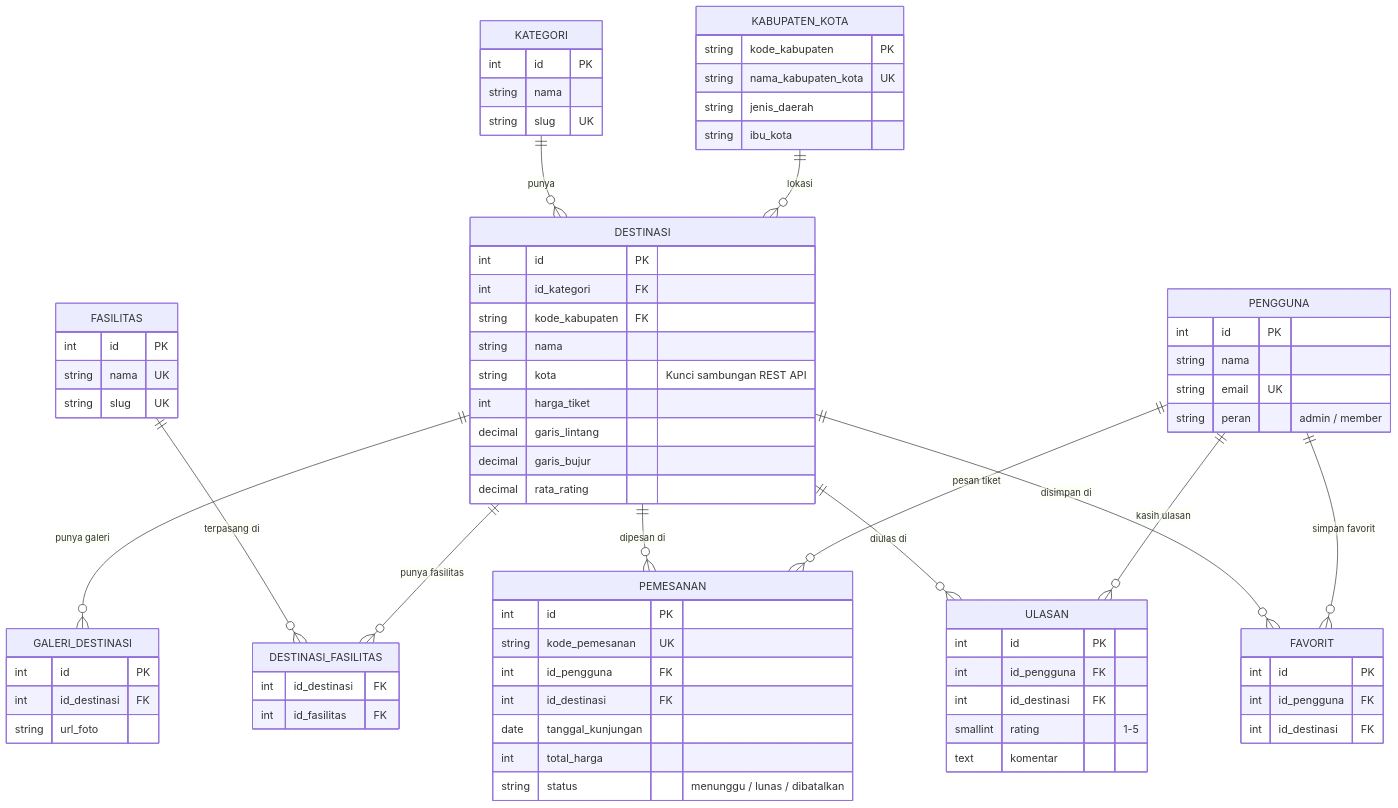
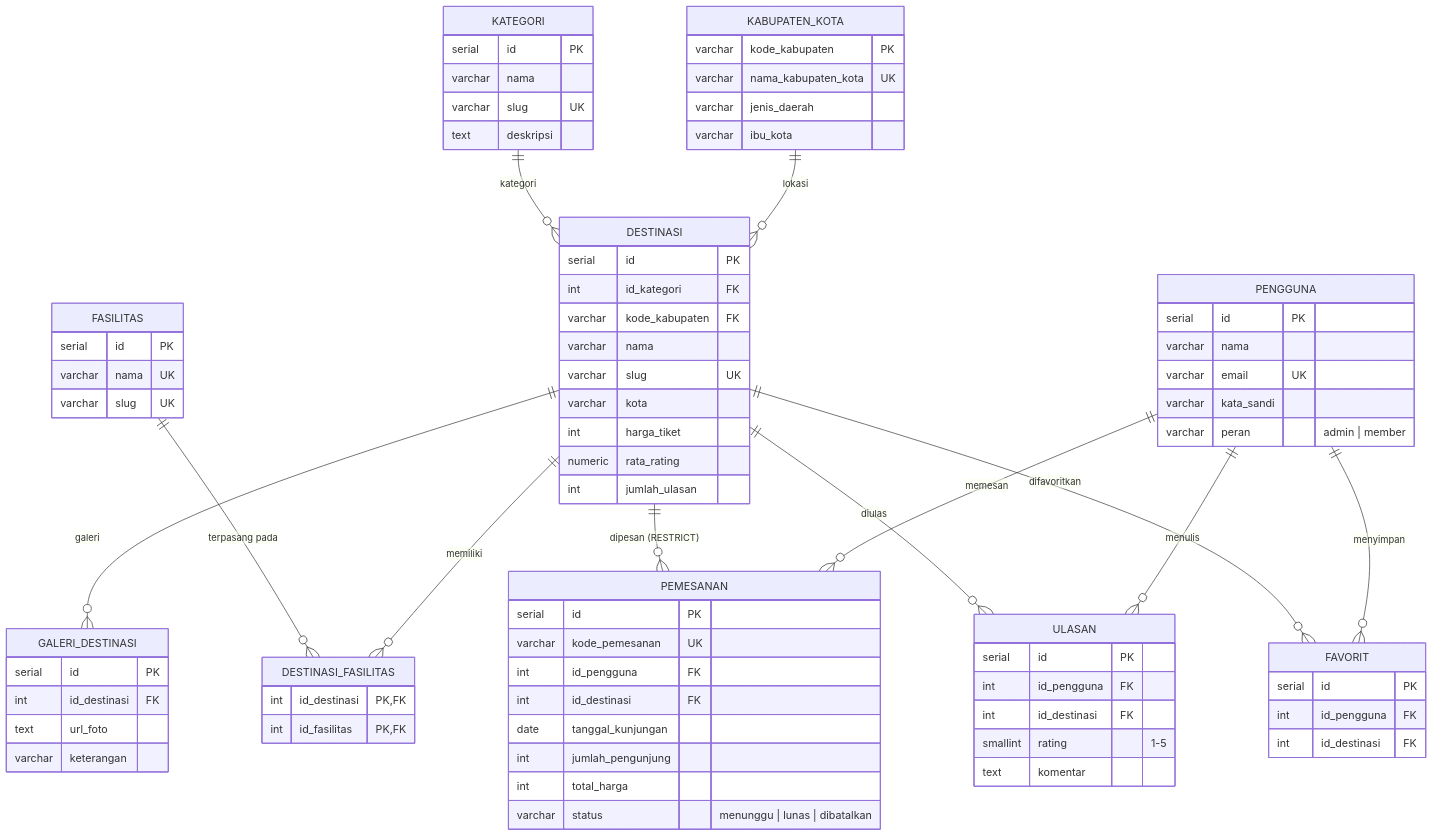
Before and after one commit to brian-silaban/tugas_akhir_client_server: the second of 2 diagrams in README.md, drawn with Mermaid. The commit also changed other lines of this file and 39 other files, not shown here.

````diff
--- a/README.md
+++ b/README.md
@@ -95,78 +77,82 @@
 ```mermaid
 erDiagram
     KABUPATEN_KOTA ||--o{ DESTINASI : "lokasi"
-    KATEGORI ||--o{ DESTINASI : "punya"
-    DESTINASI ||--o{ DESTINASI_FASILITAS : "punya fasilitas"
-    FASILITAS ||--o{ DESTINASI_FASILITAS : "terpasang di"
-    PENGGUNA ||--o{ PEMESANAN : "pesan tiket"
-    PENGGUNA ||--o{ ULASAN : "kasih ulasan"
-    PENGGUNA ||--o{ FAVORIT : "simpan favorit"
-    DESTINASI ||--o{ GALERI_DESTINASI : "punya galeri"
-    DESTINASI ||--o{ PEMESANAN : "dipesan di"
-    DESTINASI ||--o{ ULASAN : "diulas di"
-    DESTINASI ||--o{ FAVORIT : "disimpan di"
+    KATEGORI ||--o{ DESTINASI : "kategori"
+    DESTINASI ||--o{ DESTINASI_FASILITAS : "memiliki"
+    FASILITAS ||--o{ DESTINASI_FASILITAS : "terpasang pada"
+    DESTINASI ||--o{ GALERI_DESTINASI : "galeri"
+    PENGGUNA ||--o{ PEMESANAN : "memesan"
+    DESTINASI ||--o{ PEMESANAN : "dipesan (RESTRICT)"
+    PENGGUNA ||--o{ ULASAN : "menulis"
+    DESTINASI ||--o{ ULASAN : "diulas"
+    PENGGUNA ||--o{ FAVORIT : "menyimpan"
+    DESTINASI ||--o{ FAVORIT : "difavoritkan"
 
     KABUPATEN_KOTA {
-        string kode_kabupaten PK
-        string nama_kabupaten_kota UK
-        string jenis_daerah
-        string ibu_kota
+        varchar kode_kabupaten PK
+        varchar nama_kabupaten_kota UK
+        varchar jenis_daerah
+        varchar ibu_kota
     }
     PENGGUNA {
-        int id PK
-        string nama
-        string email UK
-        string peran "admin / member"
+        serial id PK
+        varchar nama
+        varchar email UK
+        varchar kata_sandi
+        varchar peran "admin | member"
     }
     KATEGORI {
-        int id PK
-        string nama
-        string slug UK
+        serial id PK
+        varchar nama
+        varchar slug UK
+        text deskripsi
     }
     DESTINASI {
-        int id PK
+        serial id PK
         int id_kategori FK
-        string kode_kabupaten FK
-        string nama
-        string kota "Kunci sambungan REST API"
+        varchar kode_kabupaten FK
+        varchar nama
+        varchar slug UK
+        varchar kota
         int harga_tiket
-        decimal garis_lintang
-        decimal garis_bujur
-        decimal rata_rating
+        numeric rata_rating
+        int jumlah_ulasan
     }
     FASILITAS {
-        int id PK
-        string nama UK
-        string slug UK
+        serial id PK
+        varchar nama UK
+        varchar slug UK
     }
     DESTINASI_FASILITAS {
-        int id_destinasi FK
-        int id_fasilitas FK
+        int id_destinasi PK,FK
+        int id_fasilitas PK,FK
     }
     GALERI_DESTINASI {
-        int id PK
+        serial id PK
         int id_destinasi FK
-        string url_foto
+        text url_foto
+        varchar keterangan
     }
     PEMESANAN {
-        int id PK
-        string kode_pemesanan UK
+        serial id PK
+        varchar kode_pemesanan UK
         int id_pengguna FK
         int id_destinasi FK
         date tanggal_kunjungan
+        int jumlah_pengunjung
         int total_harga
-        string status "menunggu / lunas / dibatalkan"
+        varchar status "menunggu | lunas | dibatalkan"
     }
     ULASAN {
-        int id PK
+        serial id PK
         int id_pengguna FK
         int id_destinasi FK
         smallint rating "1-5"
         text komentar
     }
     FAVORIT {
-        int id PK
+        serial id PK
         int id_pengguna FK
         int id_destinasi FK
     }
 ```
````
